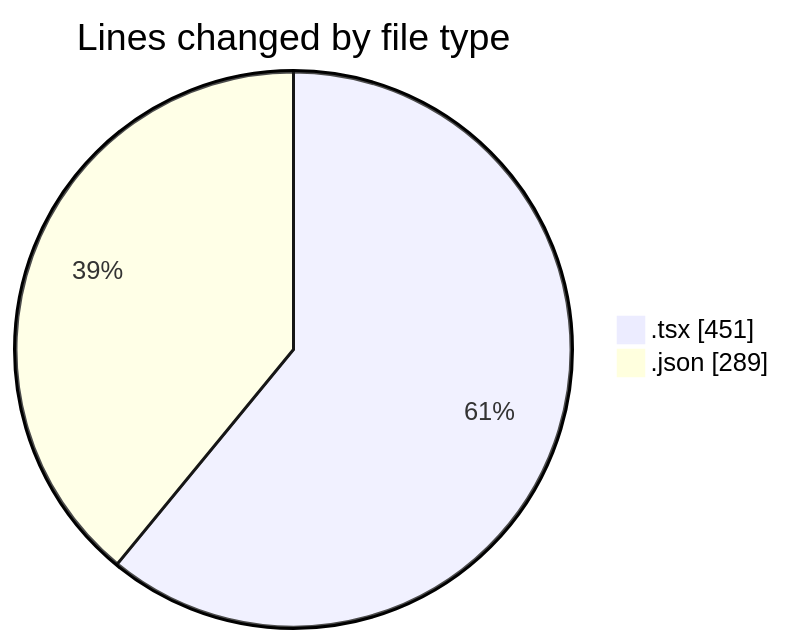
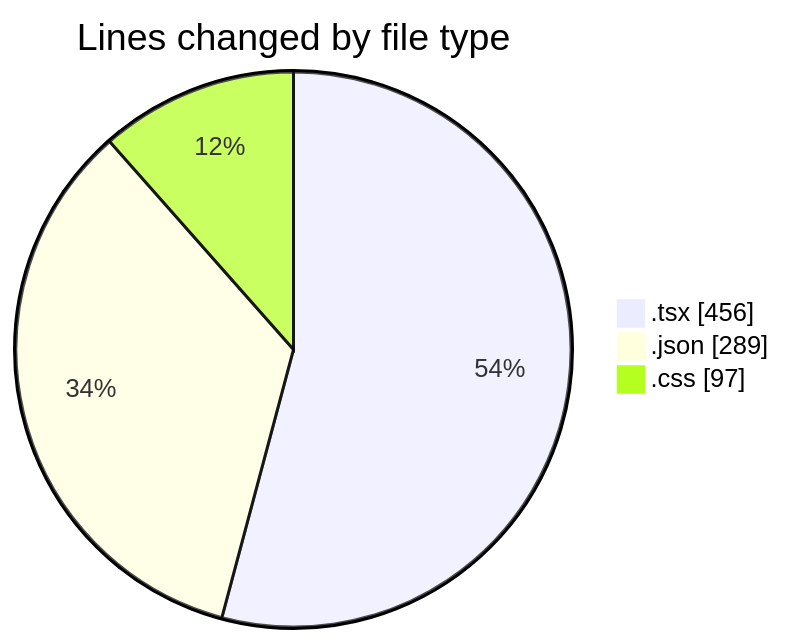
The first of 2 diagrams in 2025-05-04/niten/README.md (Elitesun/code-tracking), drawn with Mermaid before and after one commit. The commit also changed other lines of this file and 1 other file, not shown here.

````diff
--- a/2025-05-04/niten/README.md
+++ b/2025-05-04/niten/README.md
@@ -32,6 +33,7 @@
 ```mermaid
 pie showData
 title Lines changed by file type
-".tsx" : 451
+".tsx" : 456
 ".json" : 289
+".css" : 97
 ```
````
